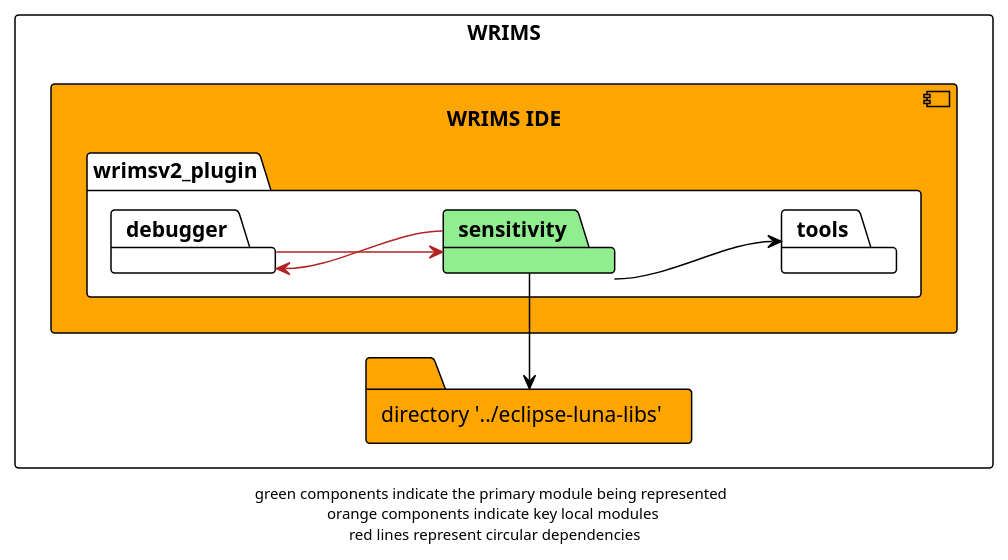
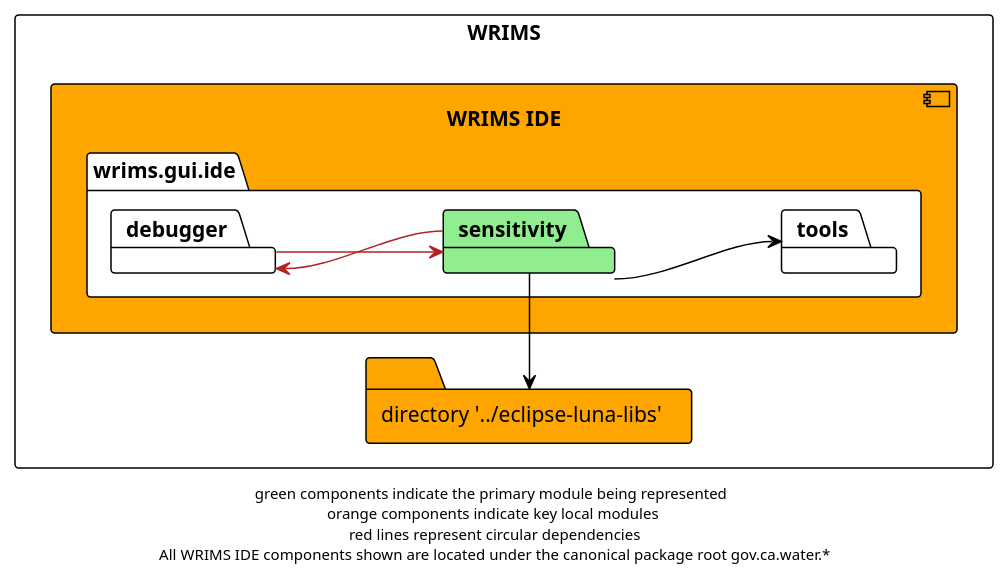
The diagram in docs/diagrams/wrims-modules/wrims-ide/wrims-ide_sensitivity.plantuml (CentralValleyModeling/wrims-gui), drawn with PlantUML before and after one commit. The commit also changed 779 other files, not shown here.

```diff
--- a/docs/diagrams/wrims-modules/wrims-ide/wrims-ide_sensitivity.plantuml
+++ b/docs/diagrams/wrims-modules/wrims-ide/wrims-ide_sensitivity.plantuml
@@ -1,25 +1,25 @@
 @startuml
 
 !theme plain
 left to right direction
 skinparam linetype ortho
 
 rectangle WRIMS {
     component wrims-ide as "WRIMS IDE" #orange {
-        package wrimsv2_plugin {
+        package wrims.gui.ide {
             package sensitivity #lightgreen
             package tools
             package debugger
         }
     }
 
     folder luna_libs as "directory '../eclipse-luna-libs'" #orange
 }
 sensitivity -r-> luna_libs
 sensitivity --> tools
 sensitivity -u-> debugger #firebrick
 
 debugger -> sensitivity #firebrick
 
-footer "green components indicate the primary module being represented \n orange components indicate key local modules \n red lines represent circular dependencies"
+footer "green components indicate the primary module being represented \n orange components indicate key local modules \n red lines represent circular dependencies\n All WRIMS IDE components shown are located under the canonical package root gov.ca.water.*"
 @enduml
```
